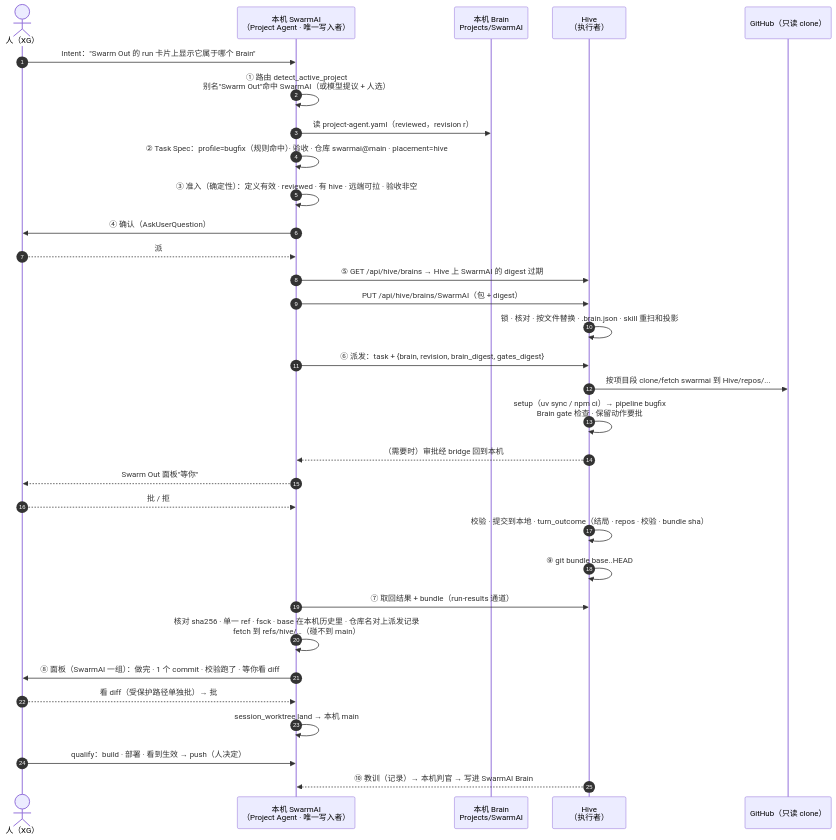
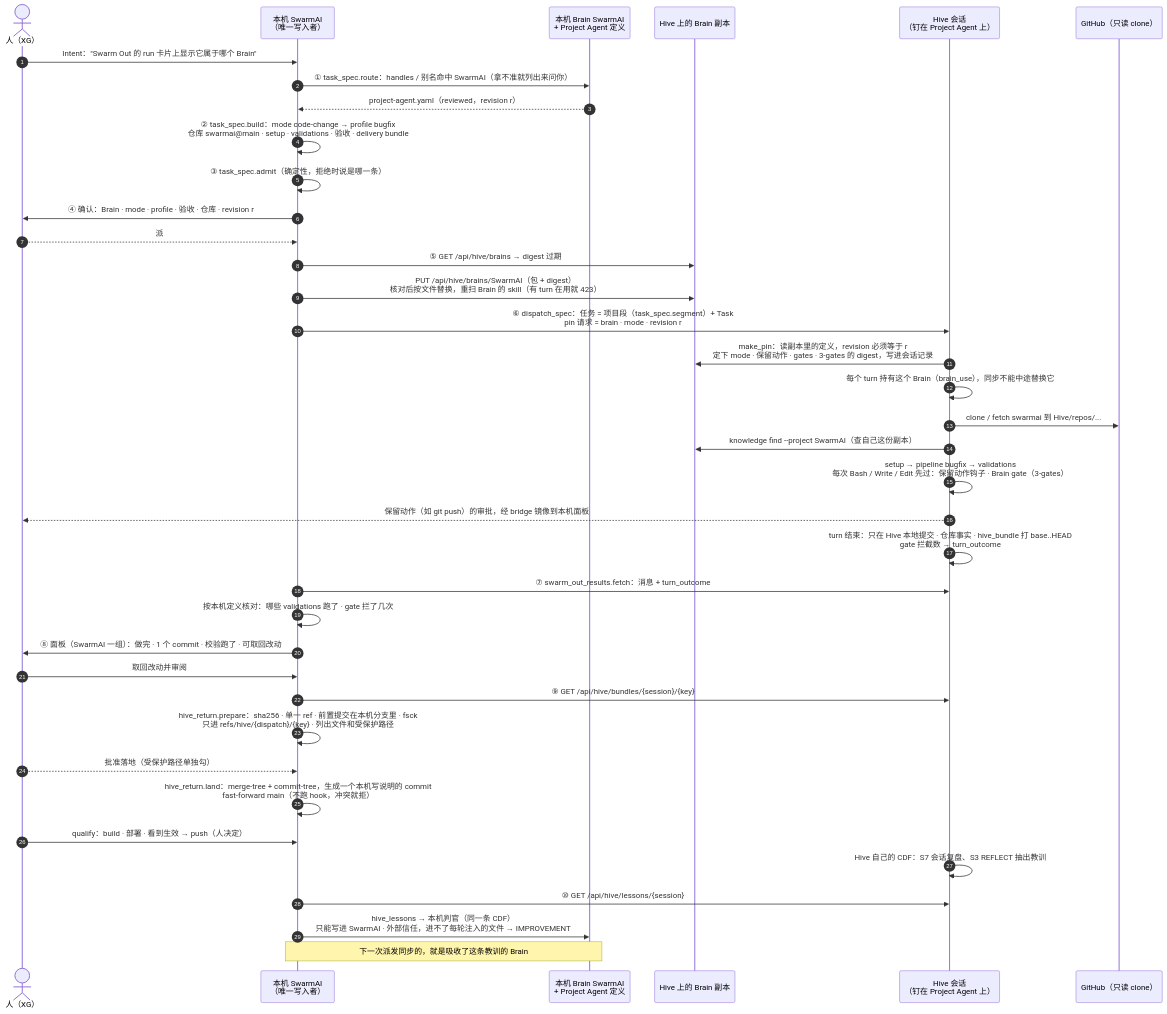
The second of 2 diagrams in docs/design/2026-10-28-project-agent-flow.md (xg-gh-25/SwarmAI), drawn with Mermaid before and after one commit. The commit also changed other lines of this file, not shown here.

First line of the commit message:
docs(design): Project Agent flow r6 — §14 matches the code, both ends of the Project Agent shown

````diff
--- a/docs/design/2026-10-28-project-agent-flow.md
+++ b/docs/design/2026-10-28-project-agent-flow.md
@@ -684,35 +697,41 @@
 ```mermaid
 sequenceDiagram
     autonumber
     actor XG as 人（XG）
-    participant H as 本机 SwarmAI<br/>（Project Agent · 唯一写入者）
-    participant B as 本机 Brain<br/>Projects/SwarmAI
-    participant HV as Hive<br/>（执行者）
+    participant H as 本机 SwarmAI<br/>（唯一写入者）
+    participant PA as 本机 Brain SwarmAI<br/>+ Project Agent 定义
+    participant HB as Hive 上的 Brain 副本
+    participant HV as Hive 会话<br/>（钉在 Project Agent 上）
     participant G as GitHub（只读 clone）
 
     XG->>H: Intent："Swarm Out 的 run 卡片上显示它属于哪个 Brain"
-    H->>H: ① 路由 detect_active_project<br/>别名"Swarm Out"命中 SwarmAI（或模型提议 + 人选）
-    H->>B: 读 project-agent.yaml（reviewed，revision r）
-    H->>H: ② Task Spec：profile=bugfix（规则命中）· 验收 · 仓库 swarmai@main · placement=hive
-    H->>H: ③ 准入（确定性）：定义有效 · reviewed · 有 hive · 远端可拉 · 验收非空
-    H->>XG: ④ 确认（AskUserQuestion）
+    H->>PA: ① task_spec.route：handles / 别名命中 SwarmAI（拿不准就列出来问你）
+    PA-->>H: project-agent.yaml（reviewed，revision r）
+    H->>H: ② task_spec.build：mode code-change → profile bugfix<br/>仓库 swarmai@main · setup · validations · 验收 · delivery bundle
+    H->>H: ③ task_spec.admit（确定性，拒绝时说是哪一条）
+    H->>XG: ④ 确认：Brain · mode · profile · 验收 · 仓库 · revision r
     XG-->>H: 派
-    H->>HV: ⑤ GET /api/hive/brains → Hive 上 SwarmAI 的 digest 过期
-    H->>HV: PUT /api/hive/brains/SwarmAI（包 + digest）
-    HV->>HV: 锁 · 核对 · 按文件替换 · .brain.json · skill 重扫和投影
-    H->>HV: ⑥ 派发：task + {brain, revision, brain_digest, gates_digest}
-    HV->>G: 按项目段 clone/fetch swarmai 到 Hive/repos/...
-    HV->>HV: setup（uv sync / npm ci）→ pipeline bugfix<br/>Brain gate 检查 · 保留动作要批
-    HV-->>H: （需要时）审批经 bridge 回到本机
-    H-->>XG: Swarm Out 面板"等你"
-    XG-->>H: 批 / 拒
-    HV->>HV: 校验 · 提交到本地 · turn_outcome（结局 · repos · 校验 · bundle sha）
-    HV->>HV: ⑨ git bundle base..HEAD
-    H->>HV: ⑦ 取回结果 + bundle（run-results 通道）
-    H->>H: 核对 sha256 · 单一 ref · fsck · base 在本机历史里 · 仓库名对上派发记录<br/>fetch 到 refs/hive/…（碰不到 main）
-    H->>XG: ⑧ 面板（SwarmAI 一组）：做完 · 1 个 commit · 校验跑了 · 等你看 diff
-    XG-->>H: 看 diff（受保护路径单独批）→ 批
-    H->>H: session_worktree land → 本机 main
+    H->>HB: ⑤ GET /api/hive/brains → digest 过期
+    H->>HB: PUT /api/hive/brains/SwarmAI（包 + digest）<br/>核对后按文件替换，重扫 Brain 的 skill（有 turn 在用就 423）
+    H->>HV: ⑥ dispatch_spec：任务 = 项目段（task_spec.segment）+ Task<br/>pin 请求 = brain · mode · revision r
+    HV->>HB: make_pin：读副本里的定义，revision 必须等于 r<br/>定下 mode · 保留动作 · gates · 3-gates 的 digest，写进会话记录
+    HV->>HV: 每个 turn 持有这个 Brain（brain_use），同步不能中途替换它
+    HV->>G: clone / fetch swarmai 到 Hive/repos/...
+    HV->>HB: knowledge find --project SwarmAI（查自己这份副本）
+    HV->>HV: setup → pipeline bugfix → validations<br/>每次 Bash / Write / Edit 先过：保留动作钩子 · Brain gate（3-gates）
+    HV-->>XG: 保留动作（如 git push）的审批，经 bridge 镜像到本机面板
+    HV->>HV: turn 结束：只在 Hive 本地提交 · 仓库事实 · hive_bundle 打 base..HEAD<br/>gate 拦截数 → turn_outcome
+    H->>HV: ⑦ swarm_out_results.fetch：消息 + turn_outcome
+    H->>H: 按本机定义核对：哪些 validations 跑了 · gate 拦了几次
+    H->>XG: ⑧ 面板（SwarmAI 一组）：做完 · 1 个 commit · 校验跑了 · 可取回改动
+    XG->>H: 取回改动并审阅
+    H->>HV: ⑨ GET /api/hive/bundles/{session}/{key}
+    H->>H: hive_return.prepare：sha256 · 单一 ref · 前置提交在本机分支里 · fsck<br/>只进 refs/hive/{dispatch}/{key} · 列出文件和受保护路径
+    XG-->>H: 批准落地（受保护路径单独勾）
+    H->>H: hive_return.land：merge-tree + commit-tree，生成一个本机写说明的 commit<br/>fast-forward main（不跑 hook，冲突就拒）
     XG->>H: qualify：build · 部署 · 看到生效 → push（人决定）
-    HV-->>H: ⑩ 教训（记录）→ 本机判官 → 写进 SwarmAI Brain
+    HV->>HV: Hive 自己的 CDF：S7 会话复盘、S3 REFLECT 抽出教训
+    H->>HV: ⑩ GET /api/hive/lessons/{session}
+    H->>PA: hive_lessons → 本机判官（同一条 CDF）<br/>只能写进 SwarmAI · 外部信任，进不了每轮注入的文件 → IMPROVEMENT
+    Note over H,PA: 下一次派发同步的，就是吸收了这条教训的 Brain
 ```
````
